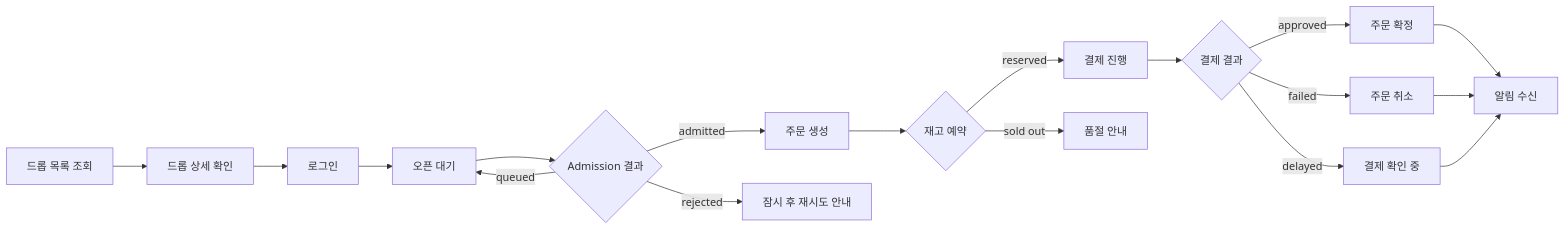
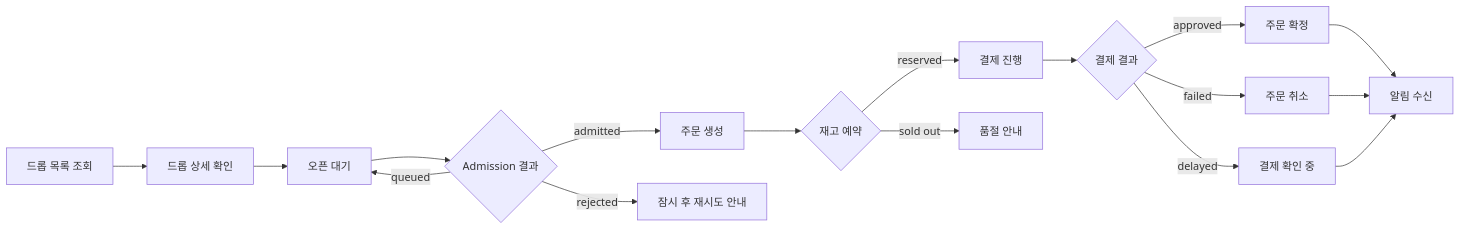
One commit to Medikong/archive changed the seventh of 10 diagrams in medikong/12-user-flows.md. Above: the diagram before and after it, drawn with Mermaid. The commit also changed other lines of this file, not shown here.

Commit message:
docs: separate auth from purchase flows

````diff
--- a/medikong/12-user-flows.md
+++ b/medikong/12-user-flows.md
@@ -128,20 +122,19 @@
 ```mermaid
 flowchart LR
     A["드롭 목록 조회"] --> B["드롭 상세 확인"]
-    B --> C["로그인"]
-    C --> D["오픈 대기"]
-    D --> E{"Admission 결과"}
-    E -->|admitted| F["주문 생성"]
-    E -->|queued| D
-    E -->|rejected| R["잠시 후 재시도 안내"]
-    F --> G{"재고 예약"}
-    G -->|reserved| H["결제 진행"]
-    G -->|sold out| S["품절 안내"]
-    H --> I{"결제 결과"}
-    I -->|approved| J["주문 확정"]
-    I -->|failed| K["주문 취소"]
-    I -->|delayed| L["결제 확인 중"]
-    J --> M["알림 수신"]
-    K --> M
-    L --> M
+    B --> C["오픈 대기"]
+    C --> D{"Admission 결과"}
+    D -->|admitted| E["주문 생성"]
+    D -->|queued| C
+    D -->|rejected| R["잠시 후 재시도 안내"]
+    E --> F{"재고 예약"}
+    F -->|reserved| G["결제 진행"]
+    F -->|sold out| S["품절 안내"]
+    G --> H{"결제 결과"}
+    H -->|approved| I["주문 확정"]
+    H -->|failed| J["주문 취소"]
+    H -->|delayed| K["결제 확인 중"]
+    I --> L["알림 수신"]
+    J --> L
+    K --> L
 ```
````
